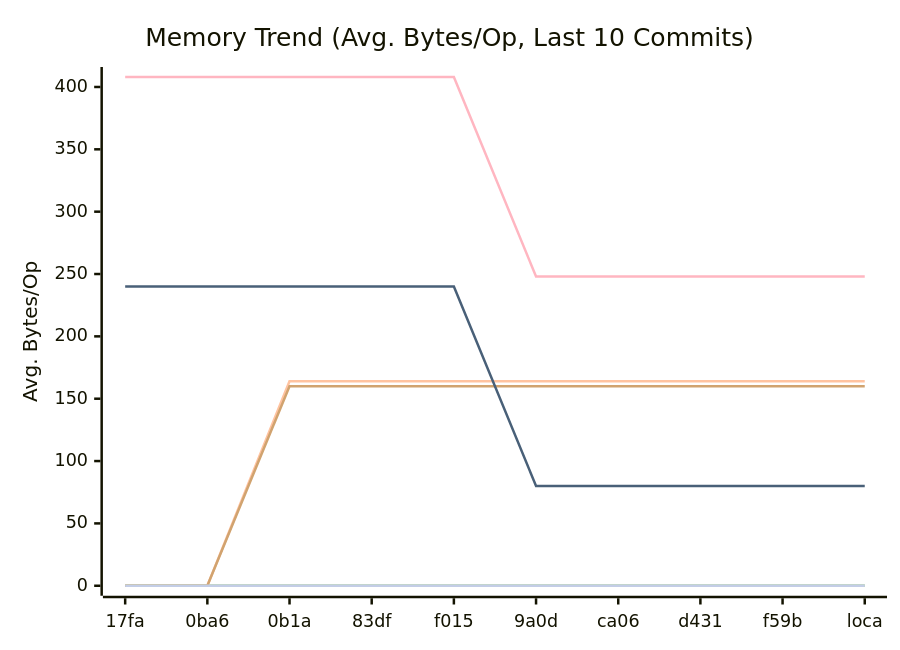
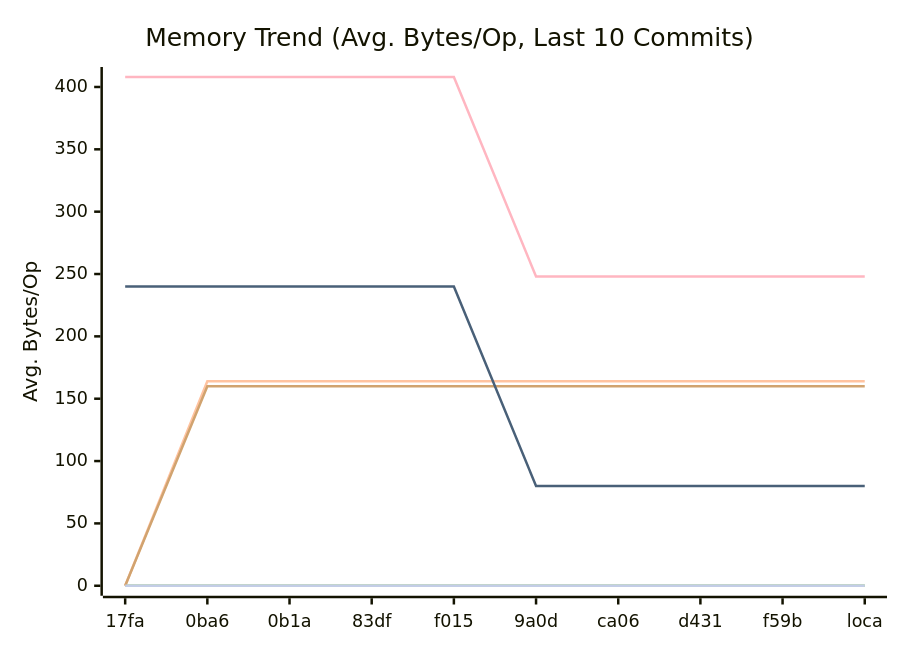
The second of 3 diagrams in docs/PERFORMANCE.md (alsotoes/momo), drawn with Mermaid before and after one commit. The commit also changed other lines of this file and 2 other files, not shown here.

````diff
--- a/docs/PERFORMANCE.md
+++ b/docs/PERFORMANCE.md
@@ -97,16 +97,16 @@
 ```mermaid
 xychart-beta
     title "Memory Trend (Avg. Bytes/Op, Last 10 Commits)"
     x-axis "Commit"
     y-axis "Avg. Bytes/Op"
     x-axis [17fa,0ba6,0b1a,83df,f015,9a0d,ca06,d431,f59b,loca]
     line "CheckMetricsAndSwap" [0,0,0,0,0,0,0,0,0,0]
     line "CrushOptimized" [0,0,0,0,0,0,0,0,0,0]
-    line "CrushOriginal" [0,0,164,164,164,164,164,164,164,164]
+    line "CrushOriginal" [0,164,164,164,164,164,164,164,164,164]
     line "IndexDirectTracking" [0,0,0,0,0,0,0,0,0,0]
     line "IndexSearch" [0,0,0,0,0,0,0,0,0,0]
-    line "LoadGlobalConfig" [0,0,160,160,160,160,160,160,160,160]
+    line "LoadGlobalConfig" [0,160,160,160,160,160,160,160,160,160]
     line "PadString" [0,0,0,0,0,0,0,0,0,0]
     line "ParseReplicationOrder_NoPrealloc" [408,408,408,408,408,248,248,248,248,248]
     line "ParseReplicationOrder_Prealloc" [240,240,240,240,240,80,80,80,80,80]
 ```
````
